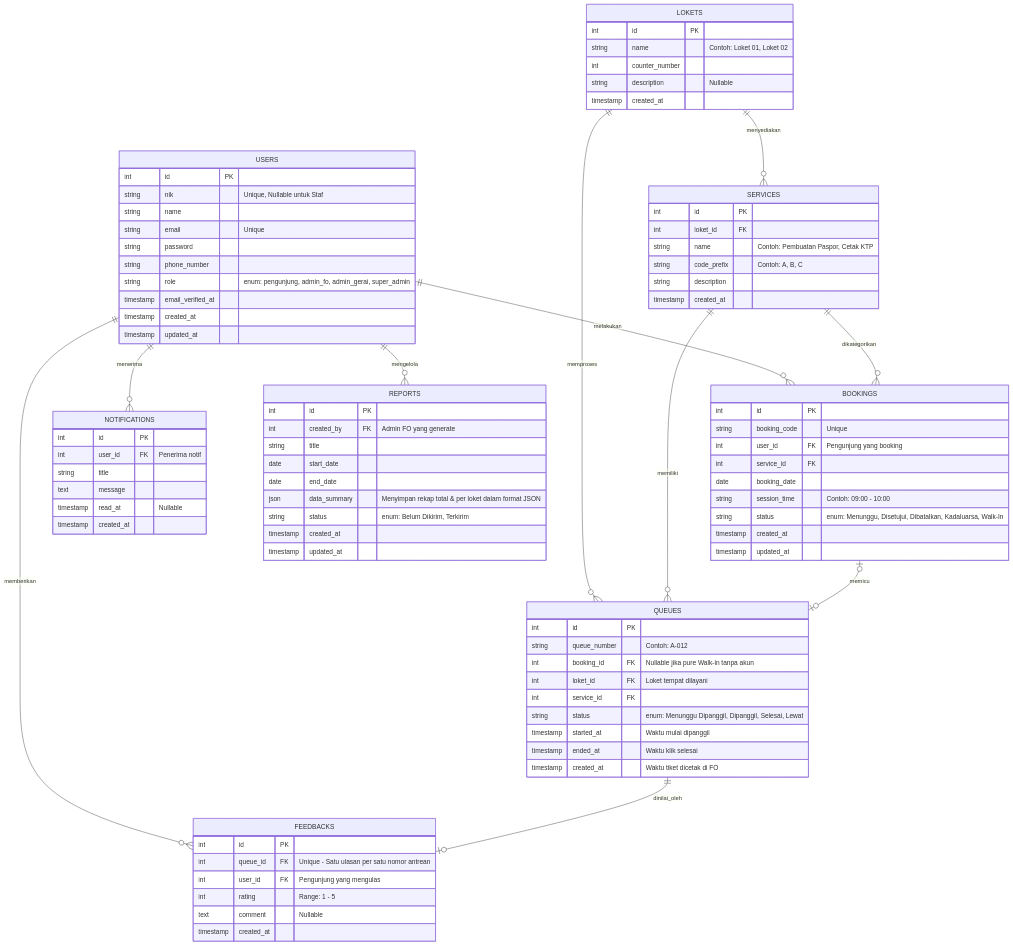
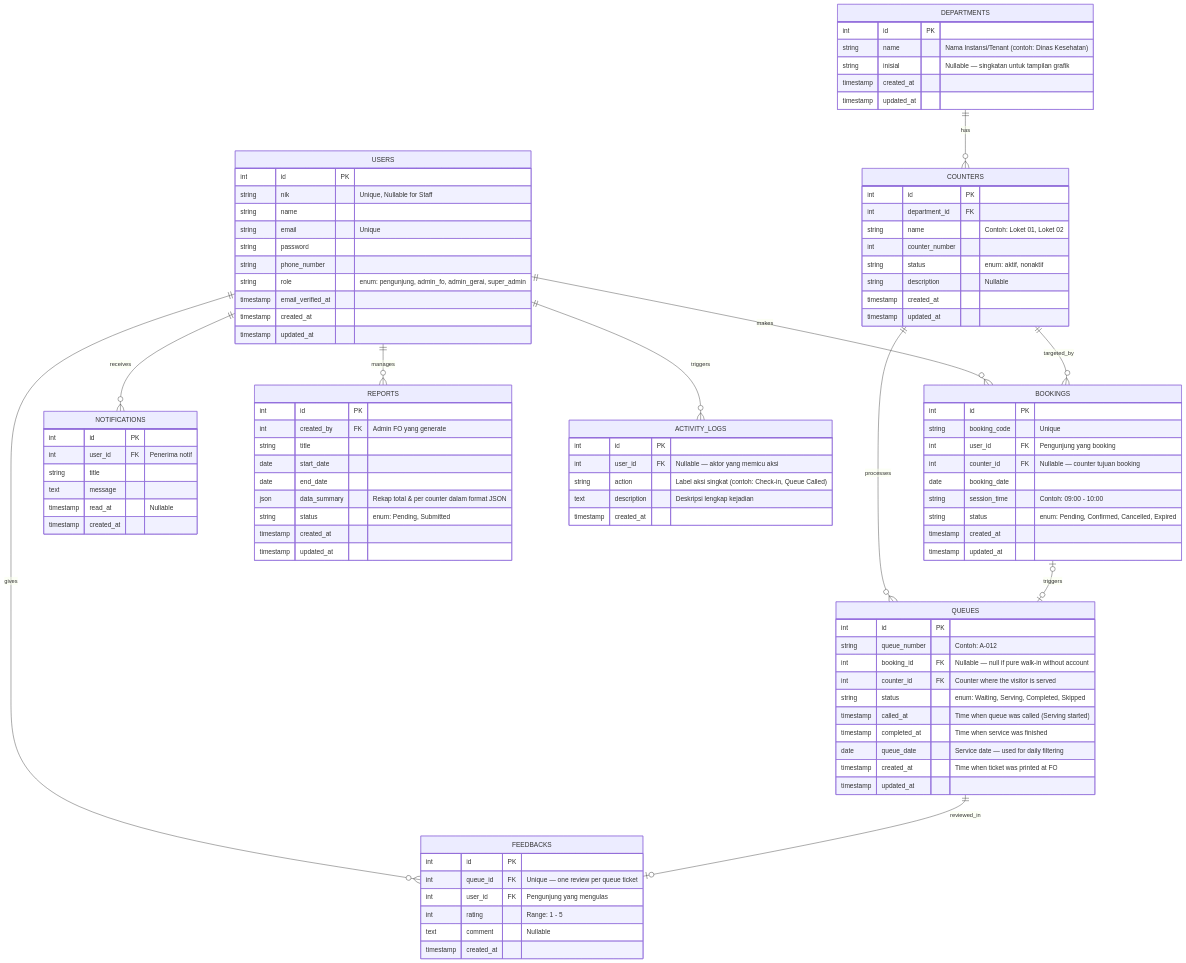
Before and after one commit to zakyrmh/pbl-spektra: the diagram in docs/diagrams/entity-relationship-diagram/erd.md, drawn with Mermaid. The commit also changed 12 other files, not shown here.

Commit message:
docs: refactor and sync all diagrams with production database schema and english enums

````diff
--- a/docs/diagrams/entity-relationship-diagram/erd.md
+++ b/docs/diagrams/entity-relationship-diagram/erd.md
@@ -2,7 +2,7 @@
 erDiagram
     USERS {
         int id PK
-        string nik "Unique, Nullable untuk Staf"
+        string nik "Unique, Nullable for Staff"
         string name
         string email "Unique"
         string password
@@ -13,31 +13,33 @@
         timestamp updated_at
     }
 
-    LOKETS {
+    DEPARTMENTS {
         int id PK
+        string name "Nama Instansi/Tenant (contoh: Dinas Kesehatan)"
+        string inisial "Nullable — singkatan untuk tampilan grafik"
+        timestamp created_at
+        timestamp updated_at
+    }
+
+    COUNTERS {
+        int id PK
+        int department_id FK
         string name "Contoh: Loket 01, Loket 02"
         int counter_number
+        string status "enum: aktif, nonaktif"
         string description "Nullable"
         timestamp created_at
-    }
-
-    SERVICES {
-        int id PK
-        int loket_id FK
-        string name "Contoh: Pembuatan Paspor, Cetak KTP"
-        string code_prefix "Contoh: A, B, C"
-        string description
-        timestamp created_at
+        timestamp updated_at
     }
 
     BOOKINGS {
         int id PK
         string booking_code "Unique"
         int user_id FK "Pengunjung yang booking"
-        int service_id FK
+        int counter_id FK "Nullable — counter tujuan booking"
         date booking_date
         string session_time "Contoh: 09:00 - 10:00"
-        string status "enum: Menunggu, Disetujui, Dibatalkan, Kadaluarsa, Walk-In"
+        string status "enum: Pending, Confirmed, Cancelled, Expired"
         timestamp created_at
         timestamp updated_at
     }
@@ -45,18 +47,19 @@
     QUEUES {
         int id PK
         string queue_number "Contoh: A-012"
-        int booking_id FK "Nullable jika pure Walk-in tanpa akun"
-        int loket_id FK "Loket tempat dilayani"
-        int service_id FK
-        string status "enum: Menunggu Dipanggil, Dipanggil, Selesai, Lewat"
-        timestamp started_at "Waktu mulai dipanggil"
-        timestamp ended_at "Waktu klik selesai"
-        timestamp created_at "Waktu tiket dicetak di FO"
+        int booking_id FK "Nullable — null if pure walk-in without account"
+        int counter_id FK "Counter where the visitor is served"
+        string status "enum: Waiting, Serving, Completed, Skipped"
+        timestamp called_at "Time when queue was called (Serving started)"
+        timestamp completed_at "Time when service was finished"
+        date queue_date "Service date — used for daily filtering"
+        timestamp created_at "Time when ticket was printed at FO"
+        timestamp updated_at
     }
 
     FEEDBACKS {
         int id PK
-        int queue_id FK "Unique - Satu ulasan per satu nomor antrean"
+        int queue_id FK "Unique — one review per queue ticket"
         int user_id FK "Pengunjung yang mengulas"
         int rating "Range: 1 - 5"
         text comment "Nullable"
@@ -78,26 +81,41 @@
         string title
         date start_date
         date end_date
-        json data_summary "Menyimpan rekap total & per loket dalam format JSON"
-        string status "enum: Belum Dikirim, Terkirim"
+        json data_summary "Rekap total & per counter dalam format JSON"
+        string status "enum: Pending, Submitted"
         timestamp created_at
         timestamp updated_at
     }
 
+    ACTIVITY_LOGS {
+        int id PK
+        int user_id FK "Nullable — aktor yang memicu aksi"
+        string action "Label aksi singkat (contoh: Check-in, Queue Called)"
+        text description "Deskripsi lengkap kejadian"
+        timestamp created_at
+    }
+
     %% ==========================================
-    %% DEFINISI RELASI ANTAR ENTITAS
+    %% RELASI ANTAR ENTITAS
     %% ==========================================
-    USERS ||--o{ BOOKINGS : "melakukan"
-    USERS ||--o{ NOTIFICATIONS : "menerima"
-    USERS ||--o{ FEEDBACKS : "memberikan"
-    USERS ||--o{ REPORTS : "mengelola"
 
-    LOKETS ||--o{ SERVICES : "menyediakan"
-    LOKETS ||--o{ QUEUES : "memproses"
+    %% Department — Counter (Instansi memiliki banyak Loket)
+    DEPARTMENTS ||--o{ COUNTERS : "has"
 
-    SERVICES ||--o{ BOOKINGS : "dikategorikan"
-    SERVICES ||--o{ QUEUES : "memiliki"
+    %% Users
+    USERS ||--o{ BOOKINGS : "makes"
+    USERS ||--o{ NOTIFICATIONS : "receives"
+    USERS ||--o{ FEEDBACKS : "gives"
+    USERS ||--o{ REPORTS : "manages"
+    USERS ||--o{ ACTIVITY_LOGS : "triggers"
 
-    BOOKINGS |o--o| QUEUES : "memicu"
-    QUEUES ||--o| FEEDBACKS : "dinilai_oleh"
+    %% Counter — Booking & Queue
+    COUNTERS ||--o{ BOOKINGS : "targeted_by"
+    COUNTERS ||--o{ QUEUES : "processes"
+
+    %% Booking — Queue
+    BOOKINGS |o--o| QUEUES : "triggers"
+
+    %% Queue — Feedback
+    QUEUES ||--o| FEEDBACKS : "reviewed_in"
 ```
````
